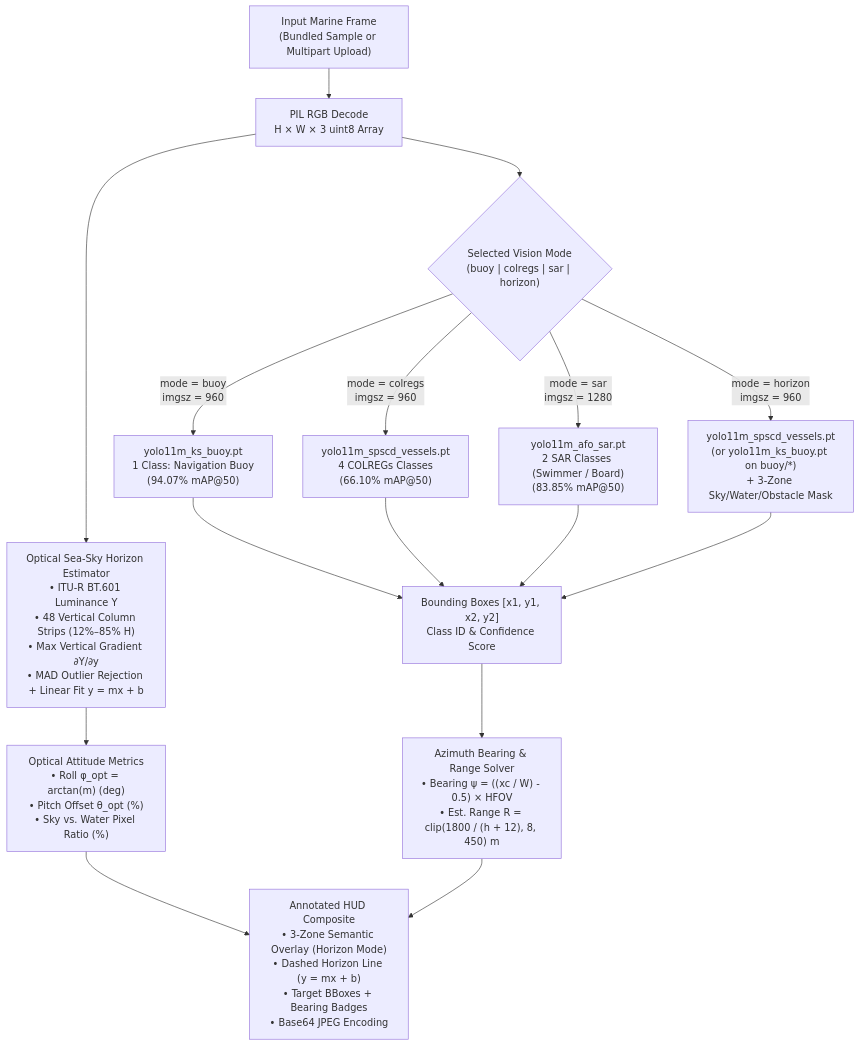
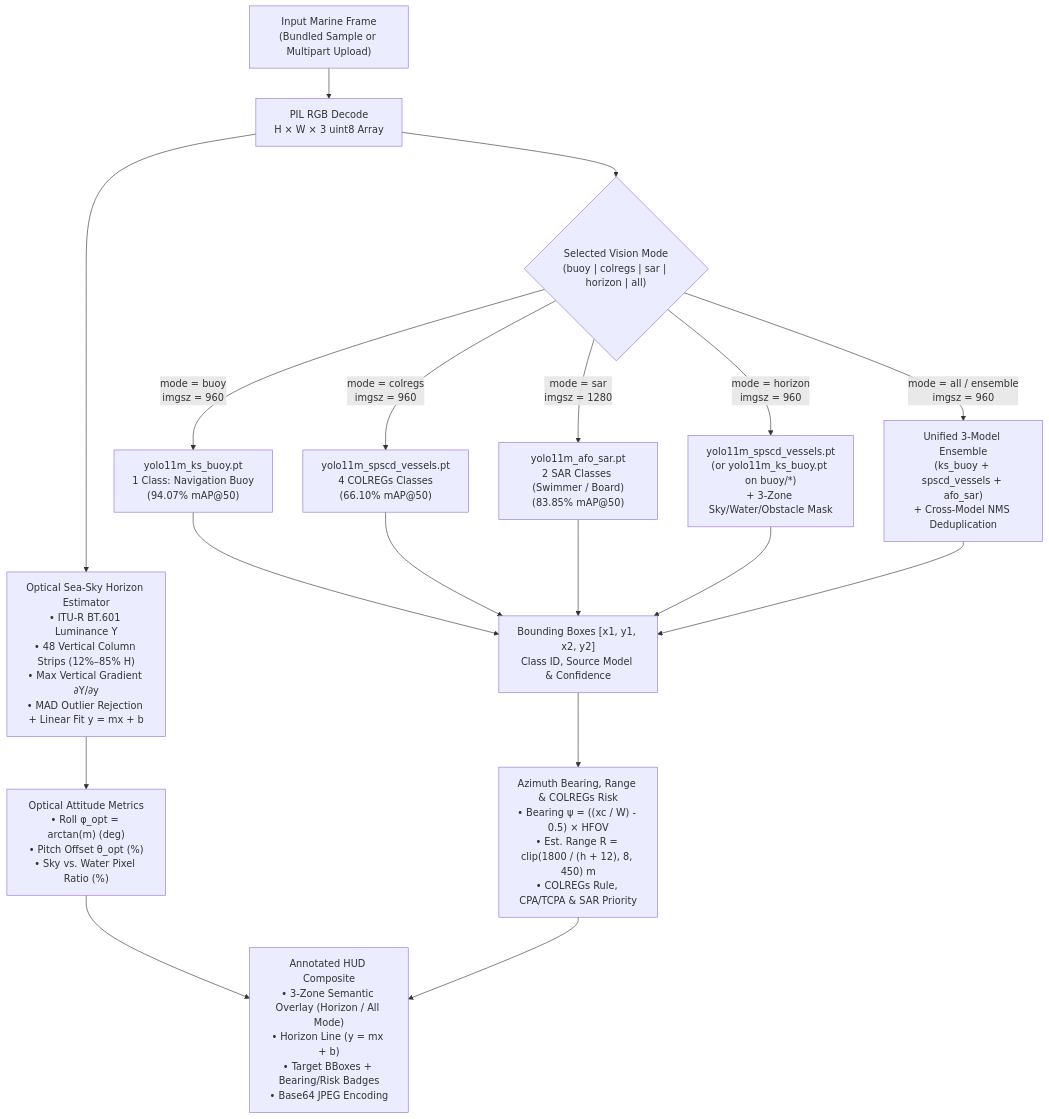
One commit to Amandeep-Tridel/smart-buoy changed the third of 3 diagrams in docs/ARCHITECTURE.md. Above: the diagram before and after it, drawn with Mermaid. The commit also changed other lines of this file and 24 other files, not shown here.

Commit message:
Harden NOAA refresh validation, 16-bit TIFF vision decoding, ensemble sample route & thread safety

````diff
--- a/docs/ARCHITECTURE.md
+++ b/docs/ARCHITECTURE.md
@@ -344,18 +378,19 @@
 ```mermaid
 flowchart TB
     Img["Input Marine Frame\n(Bundled Sample or Multipart Upload)"] --> Decode["PIL RGB Decode\nH × W × 3 uint8 Array"]
 
     Decode --> Horizon["Optical Sea-Sky Horizon Estimator\n• ITU-R BT.601 Luminance Y\n• 48 Vertical Column Strips (12%–85% H)\n• Max Vertical Gradient ∂Y/∂y\n• MAD Outlier Rejection + Linear Fit y = mx + b"]
-    Decode --> Route{"Selected Vision Mode\n(buoy | colregs | sar | horizon)"}
+    Decode --> Route{"Selected Vision Mode\n(buoy | colregs | sar | horizon | all)"}
 
     Route -->|mode = buoy\nimgsz = 960| Y1["yolo11m_ks_buoy.pt\n1 Class: Navigation Buoy\n(94.07% mAP@50)"]
     Route -->|mode = colregs\nimgsz = 960| Y2["yolo11m_spscd_vessels.pt\n4 COLREGs Classes\n(66.10% mAP@50)"]
     Route -->|mode = sar\nimgsz = 1280| Y3["yolo11m_afo_sar.pt\n2 SAR Classes (Swimmer / Board)\n(83.85% mAP@50)"]
     Route -->|mode = horizon\nimgsz = 960| Y4["yolo11m_spscd_vessels.pt\n(or yolo11m_ks_buoy.pt on buoy/*)\n+ 3-Zone Sky/Water/Obstacle Mask"]
+    Route -->|mode = all / ensemble\nimgsz = 960| Y5["Unified 3-Model Ensemble\n(ks_buoy + spscd_vessels + afo_sar)\n+ Cross-Model NMS Deduplication"]
 
     Horizon --> Attitude["Optical Attitude Metrics\n• Roll φ_opt = arctan(m) (deg)\n• Pitch Offset θ_opt (%)\n• Sky vs. Water Pixel Ratio (%)"]
-    Y1 & Y2 & Y3 & Y4 --> Boxes["Bounding Boxes [x1, y1, x2, y2]\nClass ID & Confidence Score"]
+    Y1 & Y2 & Y3 & Y4 & Y5 --> Boxes["Bounding Boxes [x1, y1, x2, y2]\nClass ID, Source Model & Confidence"]
 
-    Boxes --> Radar["Azimuth Bearing & Range Solver\n• Bearing ψ = ((xc / W) - 0.5) × HFOV\n• Est. Range R = clip(1800 / (h + 12), 8, 450) m"]
-    Attitude & Radar --> Render["Annotated HUD Composite\n• 3-Zone Semantic Overlay (Horizon Mode)\n• Dashed Horizon Line (y = mx + b)\n• Target BBoxes + Bearing Badges\n• Base64 JPEG Encoding"]
+    Boxes --> Radar["Azimuth Bearing, Range & COLREGs Risk\n• Bearing ψ = ((xc / W) - 0.5) × HFOV\n• Est. Range R = clip(1800 / (h + 12), 8, 450) m\n• COLREGs Rule, CPA/TCPA & SAR Priority"]
+    Attitude & Radar --> Render["Annotated HUD Composite\n• 3-Zone Semantic Overlay (Horizon / All Mode)\n• Horizon Line (y = mx + b)\n• Target BBoxes + Bearing/Risk Badges\n• Base64 JPEG Encoding"]
 ```
````
